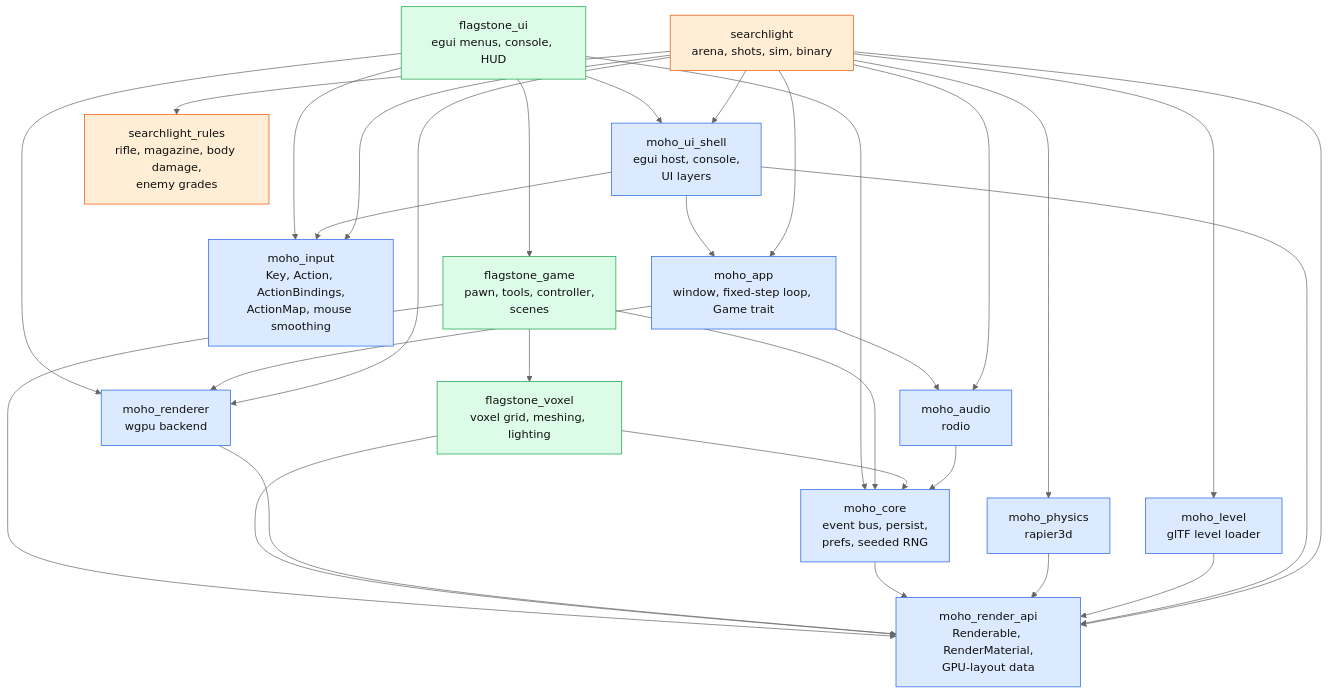
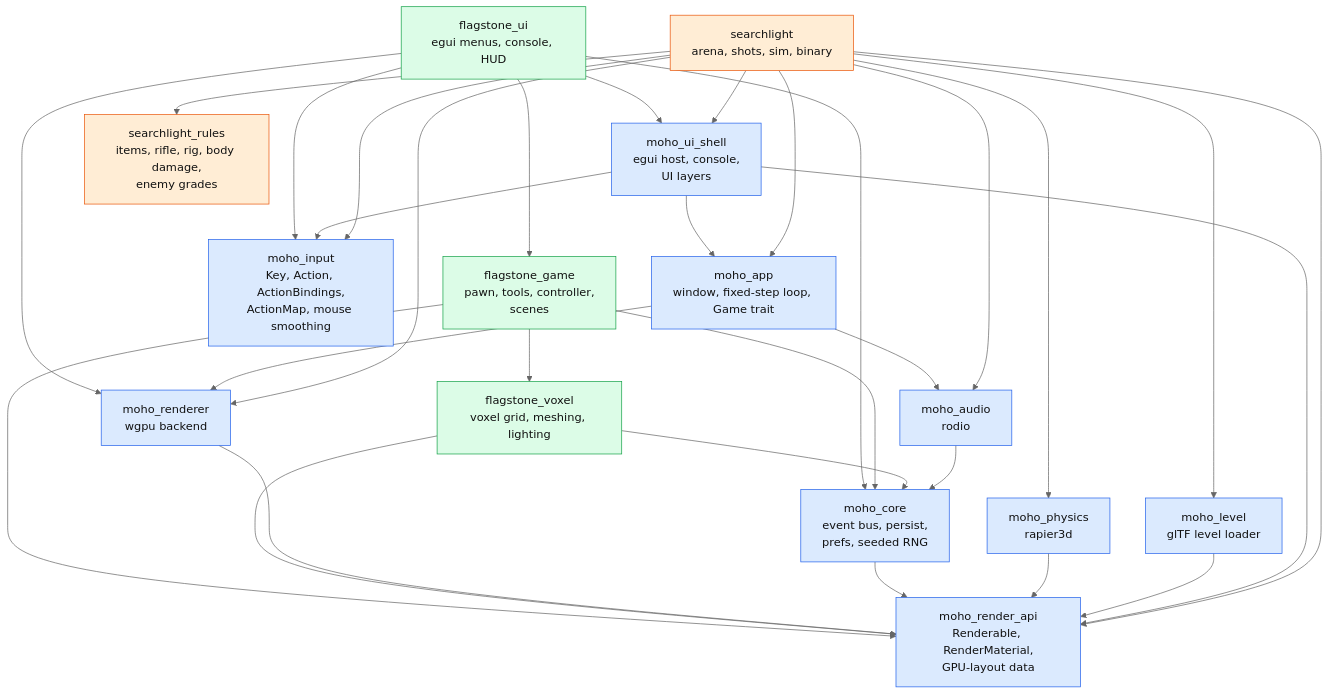
The first of 3 diagrams in wiki/architecture/overview.md (WrackedFella/moho), drawn with Mermaid (neutral theme) before and after one commit. The commit also changed other lines of this file and 23 other files, not shown here.

First line of the commit message:
feat(searchlight): the player fights from a rig and starting kit loaded from data (FPS-F6-01) (#618)

````diff
--- a/wiki/architecture/overview.md
+++ b/wiki/architecture/overview.md
@@ -18,34 +18,34 @@
 ```mermaid
 flowchart TD
     ui["flagstone_ui<br/>egui menus, console, HUD"]:::strategy
     game["flagstone_game<br/>pawn, tools, controller,<br/>scenes"]:::strategy
     voxel["flagstone_voxel<br/>voxel grid, meshing, lighting"]:::strategy
 
     renderer["moho_renderer<br/>wgpu backend"]:::engine
     rapi["moho_render_api<br/>Renderable, RenderMaterial,<br/>GPU-layout data"]:::engine
     core["moho_core<br/>event bus, persist,<br/>prefs, seeded RNG"]:::engine
     audio["moho_audio<br/>rodio"]:::engine
     physics["moho_physics<br/>rapier3d"]:::engine
     input["moho_input<br/>Key, Action, ActionBindings,<br/>ActionMap, mouse smoothing"]:::engine
     app["moho_app<br/>window, fixed-step loop, Game trait"]:::engine
     level["moho_level<br/>glTF level loader"]:::engine
     shell["moho_ui_shell<br/>egui host, console,<br/>UI layers"]:::engine
-    fps["searchlight_rules<br/>rifle, magazine, body damage,<br/>enemy grades"]:::fps
+    fps["searchlight_rules<br/>items, rifle, rig, body damage,<br/>enemy grades"]:::fps
     fpsgame["searchlight<br/>arena, shots, sim, binary"]:::fps
 
     ui --> renderer & input & core & game & shell
     game --> core & rapi & voxel
     voxel --> core & rapi
     renderer --> rapi
     app --> renderer & audio
     audio --> core
     core --> rapi
     physics --> rapi
     level --> rapi
     shell --> rapi & input & app
     fpsgame --> fps & app & physics & level & input & audio & renderer & rapi & shell
 
     classDef engine fill:#dbeafe,stroke:#2563eb,color:#111
     classDef strategy fill:#dcfce7,stroke:#16a34a,color:#111
     classDef fps fill:#ffedd5,stroke:#ea580c,color:#111
 ```
````
